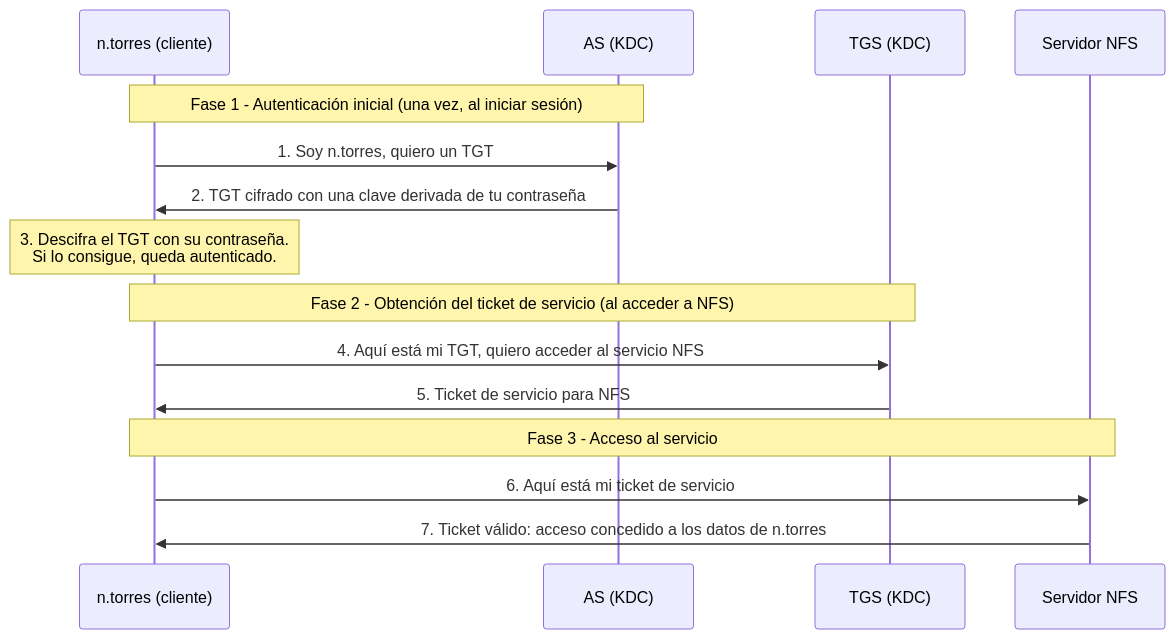
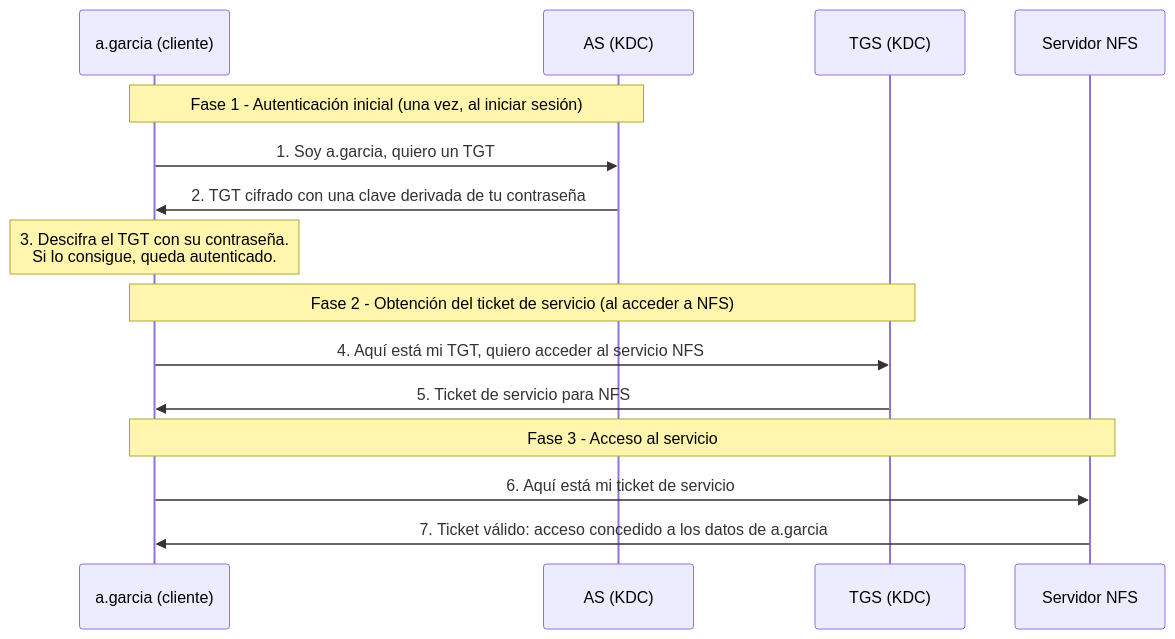
The fifth of 8 diagrams in sistemas_operativos_en_red/04_seguridad_del_escenario_y_kerberos.md (martin2745/curso-linux), drawn with Mermaid before and after one commit. The commit also changed other lines of this file and 11 other files, not shown here.

````diff
--- a/sistemas_operativos_en_red/04_seguridad_del_escenario_y_kerberos.md
+++ b/sistemas_operativos_en_red/04_seguridad_del_escenario_y_kerberos.md
@@ -254,17 +254,17 @@
 ```mermaid
 sequenceDiagram
-    participant U as n.torres (cliente)
+    participant U as a.garcia (cliente)
     participant AS as AS (KDC)
     participant TGS as TGS (KDC)
     participant NFS as Servidor NFS
     Note over U,AS: Fase 1 - Autenticación inicial (una vez, al iniciar sesión)
-    U->>AS: 1. Soy n.torres, quiero un TGT
+    U->>AS: 1. Soy a.garcia, quiero un TGT
     AS->>U: 2. TGT cifrado con una clave derivada de tu contraseña
     Note over U: 3. Descifra el TGT con su contraseña.<br>Si lo consigue, queda autenticado.
     Note over U,TGS: Fase 2 - Obtención del ticket de servicio (al acceder a NFS)
     U->>TGS: 4. Aquí está mi TGT, quiero acceder al servicio NFS
     TGS->>U: 5. Ticket de servicio para NFS
     Note over U,NFS: Fase 3 - Acceso al servicio
     U->>NFS: 6. Aquí está mi ticket de servicio
-    NFS->>U: 7. Ticket válido: acceso concedido a los datos de n.torres
+    NFS->>U: 7. Ticket válido: acceso concedido a los datos de a.garcia
 ```
````
